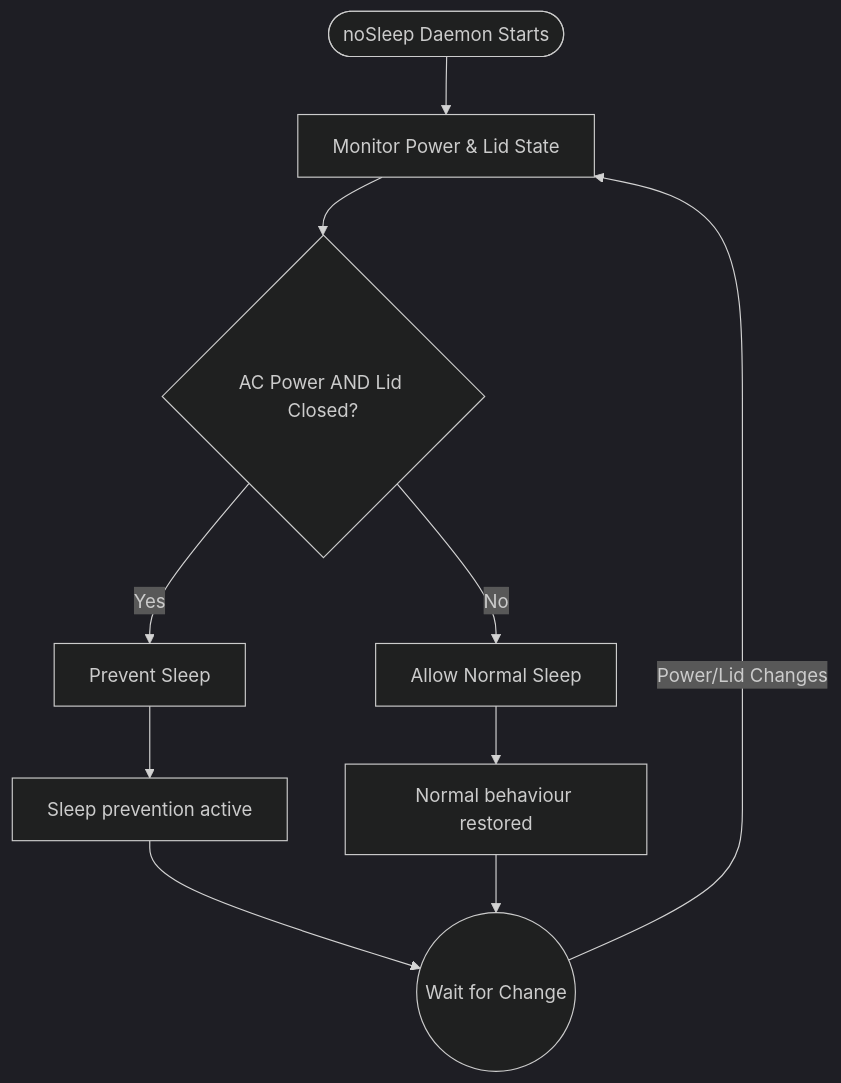
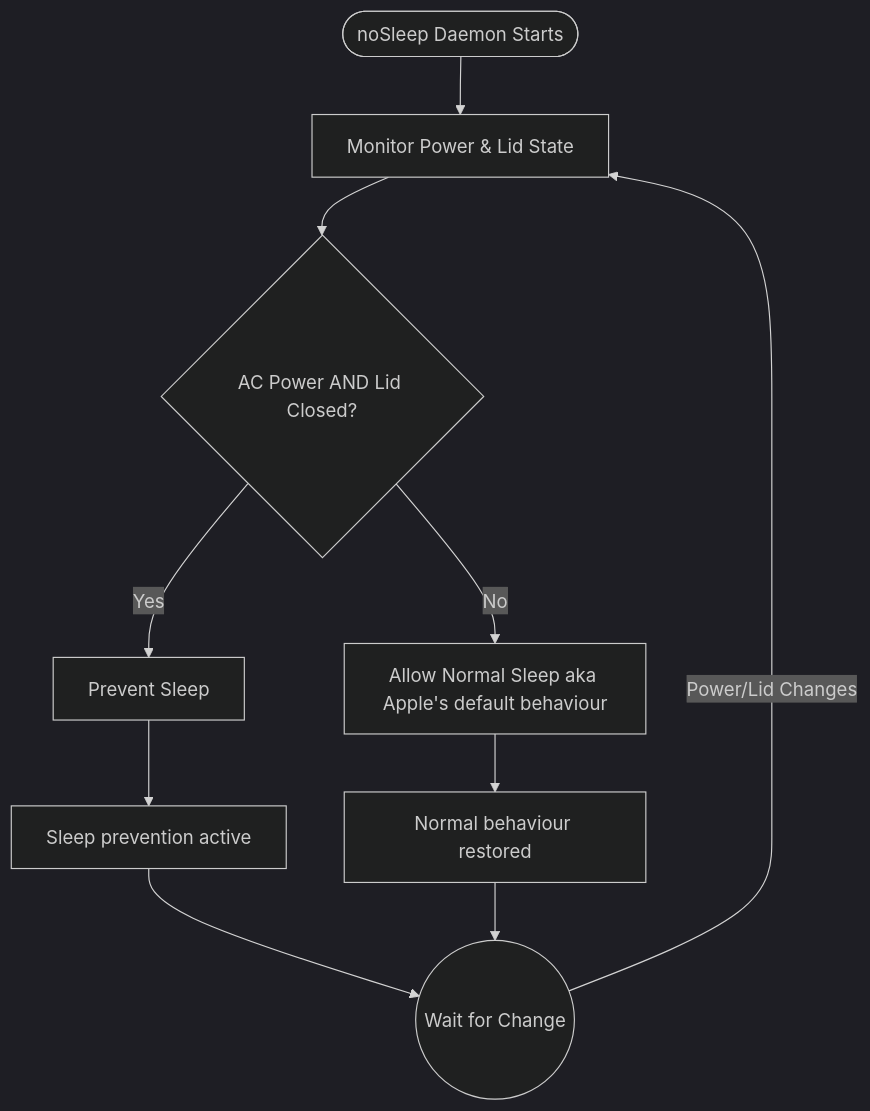
Before and after one commit to milindhvijay/noSleep: the diagram in README.md, drawn with Mermaid (dark theme). The commit also changed other lines of this file, not shown here.

````diff
--- a/README.md
+++ b/README.md
@@ -53,17 +58,17 @@
 ```mermaid
 flowchart TB
     START([noSleep Daemon Starts]) --> MONITOR[Monitor Power & Lid State]
     
     MONITOR --> CHECK{AC Power AND Lid Closed?}
     
-    CHECK -->|No| ALLOW_SLEEP[Allow Normal Sleep]
+    CHECK -->|No| ALLOW_SLEEP[Allow Normal Sleep aka Apple's default behaviour]
     CHECK -->|Yes| PREVENT[Prevent Sleep]
     
     PREVENT --> NOTIFY_ON["Sleep prevention active"]
     ALLOW_SLEEP --> NOTIFY_OFF["Normal behaviour restored"]
     
     NOTIFY_ON --> WAIT((Wait for Change))
     NOTIFY_OFF --> WAIT
     
     WAIT -->|Power/Lid Changes| MONITOR
 ```
````
